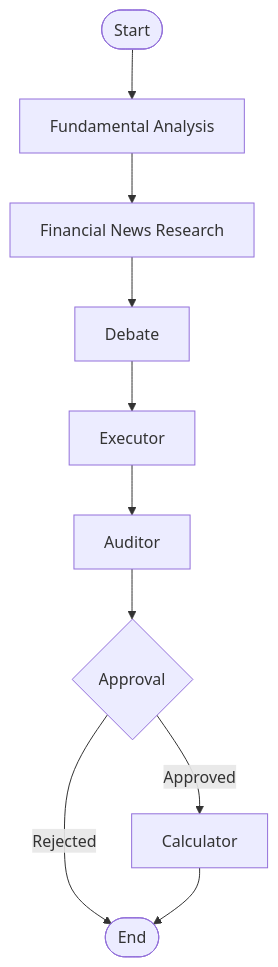
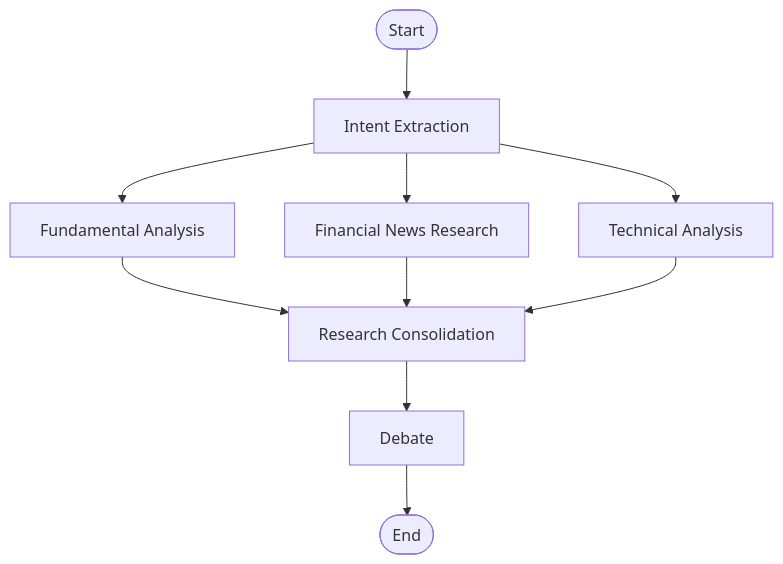
The diagram in README.md (sosodennis/value-investment-agent), drawn with Mermaid before and after one commit. The commit also changed other lines of this file, not shown here.

First line of the commit message:
docs: Update README to reflect new workflow graph and Clean Architecture refactoring

````diff
--- a/README.md
+++ b/README.md
@@ -19,12 +19,14 @@
 ```mermaid
 graph TD
-    Start([Start]) --> FA[Fundamental Analysis]
-    FA --> FNR[Financial News Research]
-    FNR --> Debate[Debate]
-    Debate --> Executor[Executor]
-    Executor --> Auditor[Auditor]
-    Auditor --> Approval{Approval}
-    Approval -->|Approved| Calc[Calculator]
-    Approval -->|Rejected| End([End])
-    Calc --> End
+    Start([Start]) --> Intent[Intent Extraction]
+    Intent --> FA[Fundamental Analysis]
+    Intent --> FNR[Financial News Research]
+    Intent --> TA[Technical Analysis]
+
+    FA --> Consolidate[Research Consolidation]
+    FNR --> Consolidate
+    TA --> Consolidate
+
+    Consolidate --> Debate[Debate]
+    Debate --> End([End])
 ```
````
